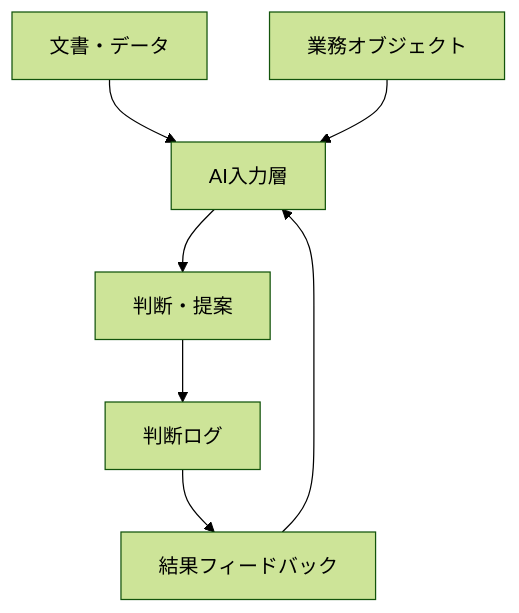
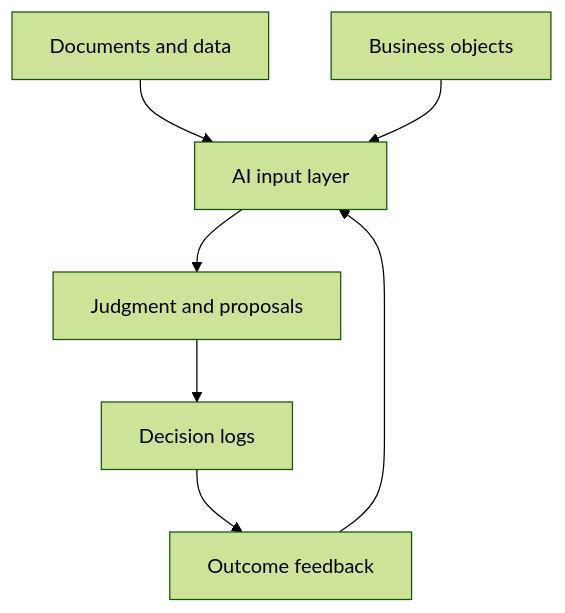
Before and after one commit to daylight55/research: the fifth of 13 diagrams in content/blog/en/ai-llm-ontology-memory.mdx, drawn with Mermaid (forest theme). The commit also changed other lines of this file and 26 other files, not shown here.

Commit message:
Translate English Mermaid labels

````diff
--- a/content/blog/en/ai-llm-ontology-memory.mdx
+++ b/content/blog/en/ai-llm-ontology-memory.mdx
@@ -158,9 +158,9 @@
 ```mermaid
 flowchart TD
-  D["文書・データ"] --> AI["AI入力層"]
-  BO["業務オブジェクト"] --> AI
-  AI --> W["判断・提案"]
-  W --> L["判断ログ"]
-  L --> F["結果フィードバック"]
+  D["Documents and data"] --> AI["AI input layer"]
+  BO["Business objects"] --> AI
+  AI --> W["Judgment and proposals"]
+  W --> L["Decision logs"]
+  L --> F["Outcome feedback"]
   F --> AI
 ```
````
